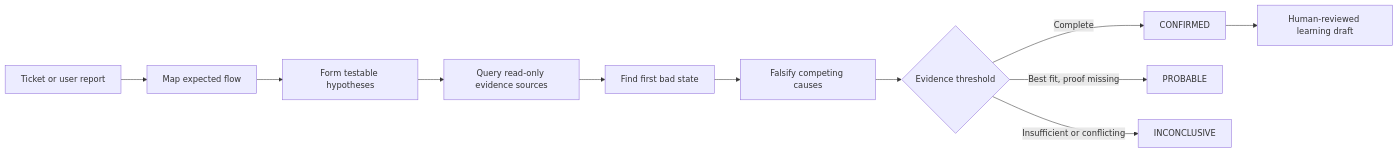
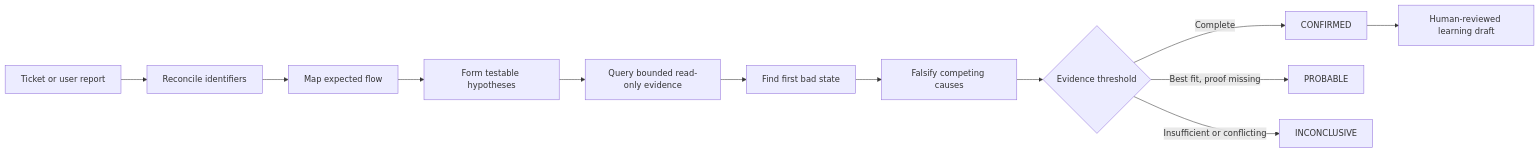
Before and after one commit to MahmoudElderby/Rooty: the second of 2 diagrams in README.md, drawn with Mermaid. The commit also changed other lines of this file and 23 other files, not shown here.

````diff
--- a/README.md
+++ b/README.md
@@ -23,13 +336,14 @@
 ```mermaid
 flowchart LR
-    A["Ticket or user report"] --> B["Map expected flow"]
-    B --> C["Form testable hypotheses"]
-    C --> D["Query read-only evidence sources"]
-    D --> E["Find first bad state"]
-    E --> F["Falsify competing causes"]
-    F --> G{"Evidence threshold"}
-    G -->|Complete| H["CONFIRMED"]
-    G -->|Best fit, proof missing| I["PROBABLE"]
-    G -->|Insufficient or conflicting| J["INCONCLUSIVE"]
-    H --> K["Human-reviewed learning draft"]
+    A["Ticket or user report"] --> B["Reconcile identifiers"]
+    B --> C["Map expected flow"]
+    C --> D["Form testable hypotheses"]
+    D --> E["Query bounded read-only evidence"]
+    E --> F["Find first bad state"]
+    F --> G["Falsify competing causes"]
+    G --> H{"Evidence threshold"}
+    H -->|Complete| I["CONFIRMED"]
+    H -->|Best fit, proof missing| J["PROBABLE"]
+    H -->|Insufficient or conflicting| K["INCONCLUSIVE"]
+    I --> L["Human-reviewed learning draft"]
 ```
````
